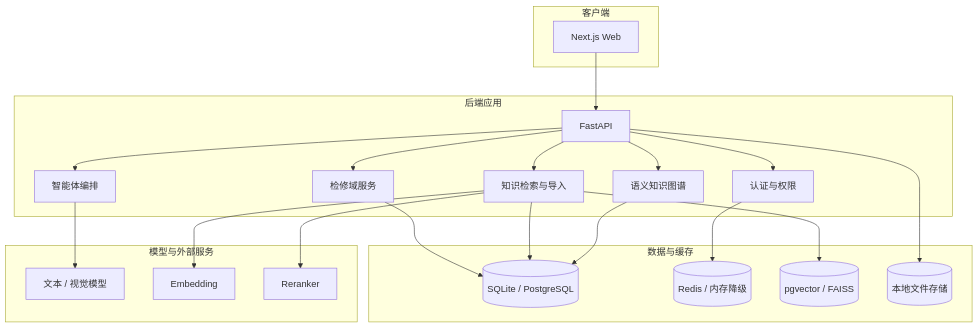
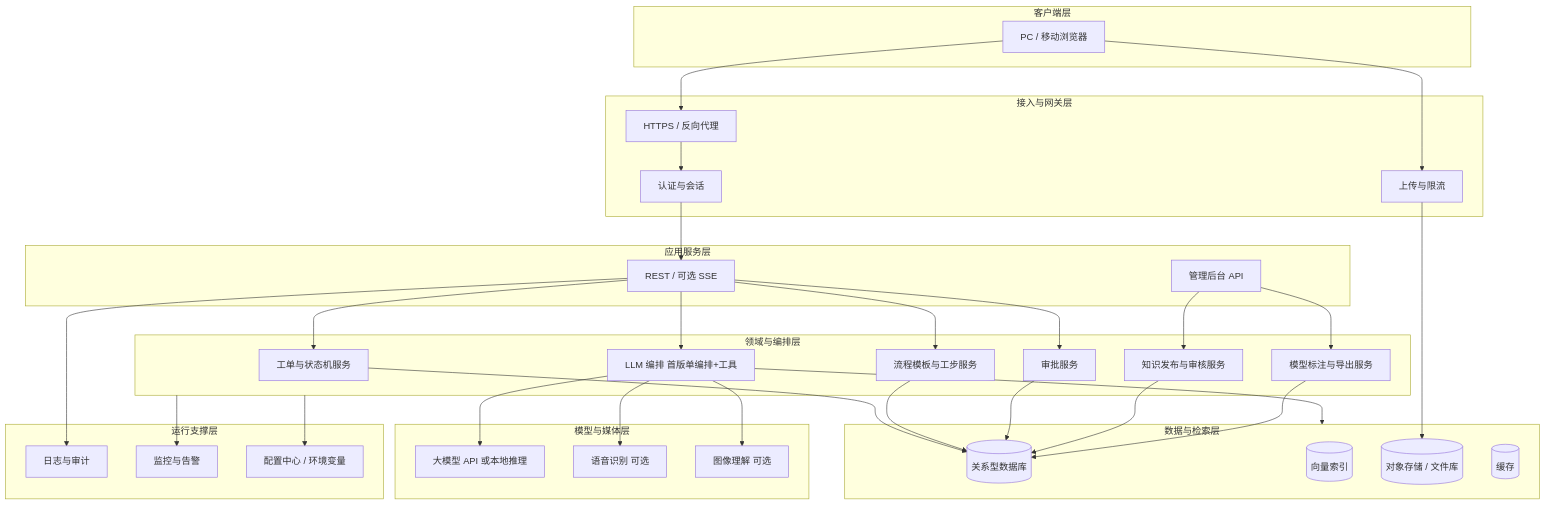
The first of 2 diagrams in docs/系统架构文档.md (fixedily/pratice), drawn with Mermaid before and after one commit. The commit also changed other lines of this file and 557 other files, not shown here.

Commit message:
public update: sync auth knowledge and agent workflows

````diff
--- a/docs/系统架构文档.md
+++ b/docs/系统架构文档.md
@@ -15,44 +73,67 @@
 ```mermaid
 flowchart TB
-  subgraph client[客户端]
-    WEB[Next.js Web]
+  subgraph client["客户端层"]
+    WEB[PC / 移动浏览器]
   end
 
-  subgraph api[后端应用]
-    FASTAPI[FastAPI]
-    AUTH[认证与权限]
-    MAINT[检修域服务]
-    AGENT[智能体编排]
-    KB[知识检索与导入]
-    GRAPH[语义知识图谱]
+  subgraph edge["接入与网关层"]
+    GW[HTTPS / 反向代理]
+    AUTH[认证与会话]
+    UP[上传与限流]
   end
 
-  subgraph data[数据与缓存]
-    DB[(SQLite / PostgreSQL)]
-    REDIS[(Redis / 内存降级)]
-    VECTOR[(pgvector / FAISS)]
-    FILES[(本地文件存储)]
+  subgraph app["应用服务层"]
+    API[REST / 可选 SSE]
+    ADMIN[管理后台 API]
   end
 
-  subgraph model[模型与外部服务]
-    LLM[文本 / 视觉模型]
-    EMB[Embedding]
-    RERANK[Reranker]
+  subgraph domain["领域与编排层"]
+    WO[工单与状态机服务]
+    SOP[流程模板与工步服务]
+    APPROVAL[审批服务]
+    KB[知识发布与审核服务]
+    ANN[模型标注与导出服务]
+    ORCH[LLM 编排 首版单编排+工具]
   end
 
-  WEB --> FASTAPI
-  FASTAPI --> AUTH
-  FASTAPI --> MAINT
-  FASTAPI --> AGENT
-  FASTAPI --> KB
-  FASTAPI --> GRAPH
-  AUTH --> REDIS
-  MAINT --> DB
+  subgraph data["数据与检索层"]
+    DB[(关系型数据库)]
+    VEC[(向量索引)]
+    OBJ[(对象存储 / 文件库)]
+    CACHE[(缓存)]
+  end
+
+  subgraph model["模型与媒体层"]
+    LLM[大模型 API 或本地推理]
+    ASR[语音识别 可选]
+    VISION[图像理解 可选]
+  end
+
+  subgraph ops["运行支撑层"]
+    LOG[日志与审计]
+    MET[监控与告警]
+    CFG[配置中心 / 环境变量]
+  end
+
+  WEB --> GW --> AUTH --> API
+  WEB --> UP
+  API --> WO
+  API --> SOP
+  API --> ORCH
+  API --> APPROVAL
+  ADMIN --> KB
+  ADMIN --> ANN
+  ORCH --> LLM
+  ORCH --> data
+  WO --> DB
+  SOP --> DB
+  APPROVAL --> DB
   KB --> DB
-  KB --> VECTOR
-  GRAPH --> DB
-  AGENT --> LLM
-  KB --> EMB
-  KB --> RERANK
-  FASTAPI --> FILES
+  ANN --> DB
+  UP --> OBJ
+  ORCH --> VISION
+  ORCH --> ASR
+  API --> LOG
+  domain --> MET
+  domain --> CFG
 ```
````
